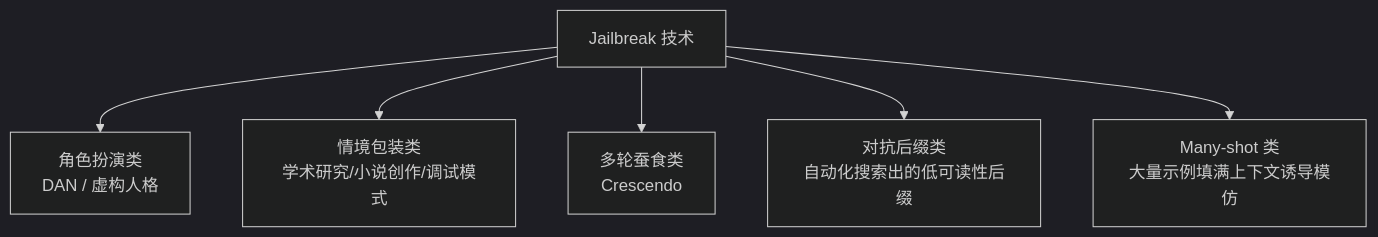
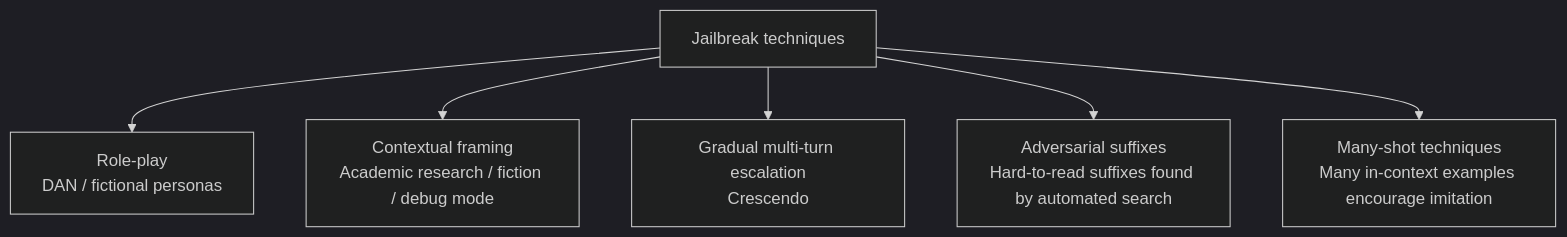
The second of 2 diagrams in docs/safety/02-prompt-content-attacks/02-prompt-injection-jailbreak-system-prompt-leakage.md (oneleaveknowsthefall/awesome-ai-roadmap), drawn with Mermaid (dark theme) before and after one commit. The commit also changed other lines of this file and 82 other files, not shown here.

````diff
--- a/docs/safety/02-prompt-content-attacks/02-prompt-injection-jailbreak-system-prompt-leakage.md
+++ b/docs/safety/02-prompt-content-attacks/02-prompt-injection-jailbreak-system-prompt-leakage.md
@@ -59,8 +59,8 @@
 ```mermaid
 flowchart TB
-    J[Jailbreak 技术] --> J1[角色扮演类<br/>DAN / 虚构人格]
-    J --> J2[情境包装类<br/>学术研究/小说创作/调试模式]
-    J --> J3[多轮蚕食类<br/>Crescendo]
-    J --> J4[对抗后缀类<br/>自动化搜索出的低可读性后缀]
-    J --> J5[Many-shot 类<br/>大量示例填满上下文诱导模仿]
+    J[Jailbreak techniques] --> J1[Role-play<br/>DAN / fictional personas]
+    J --> J2[Contextual framing<br/>Academic research / fiction / debug mode]
+    J --> J3[Gradual multi-turn escalation<br/>Crescendo]
+    J --> J4[Adversarial suffixes<br/>Hard-to-read suffixes found by automated search]
+    J --> J5[Many-shot techniques<br/>Many in-context examples encourage imitation]
 ```
````
